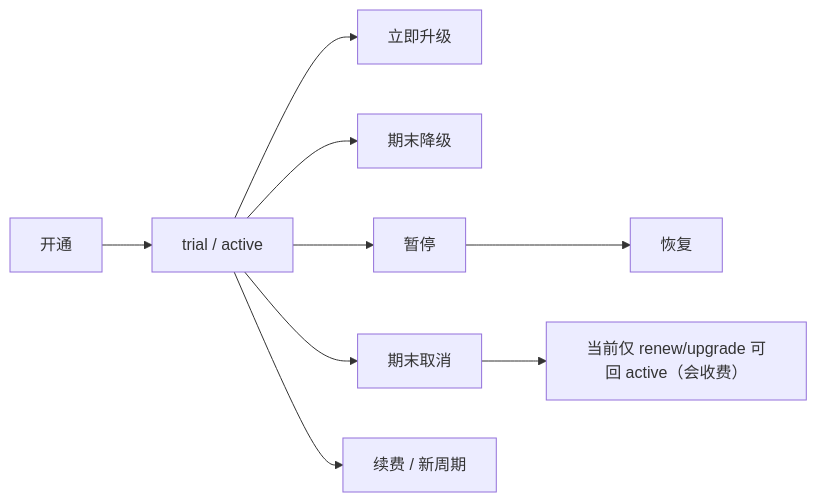
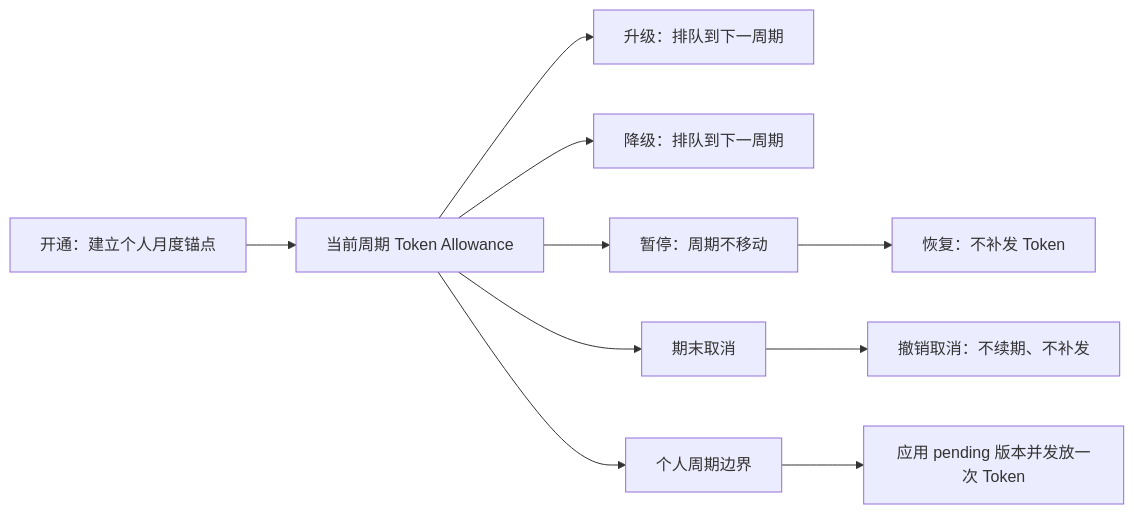
The diagram in docs/design/modules/03-subscriptions.md (glide-the/dream-im-platform), drawn with Mermaid before and after one commit. The commit also changed other lines of this file and 53 other files, not shown here.

````diff
--- a/docs/design/modules/03-subscriptions.md
+++ b/docs/design/modules/03-subscriptions.md
@@ -35,9 +91,9 @@
 ```mermaid
 flowchart LR
-  Open["开通"] --> Active["trial / active"]
-  Active --> Upgrade["立即升级"]
-  Active --> Downgrade["期末降级"]
-  Active --> Pause["暂停"] --> Resume["恢复"]
-  Active --> Cancel["期末取消"] --> PaidReturn["当前仅 renew/upgrade 可回 active（会收费）"]
-  Active --> Renew["续费 / 新周期"]
+  Open["开通：建立个人月度锚点"] --> Current["当前周期 Token Allowance"]
+  Current --> Upgrade["升级：排队到下一周期"]
+  Current --> Downgrade["降级：排队到下一周期"]
+  Current --> Pause["暂停：周期不移动"] --> Resume["恢复：不补发 Token"]
+  Current --> Cancel["期末取消"] --> Revoke["撤销取消：不续期、不补发"]
+  Current --> Boundary["个人周期边界"] --> Next["应用 pending 版本并发放一次 Token"]
 ```
````
